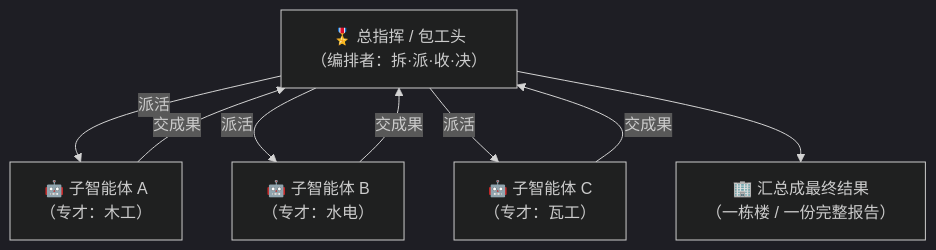
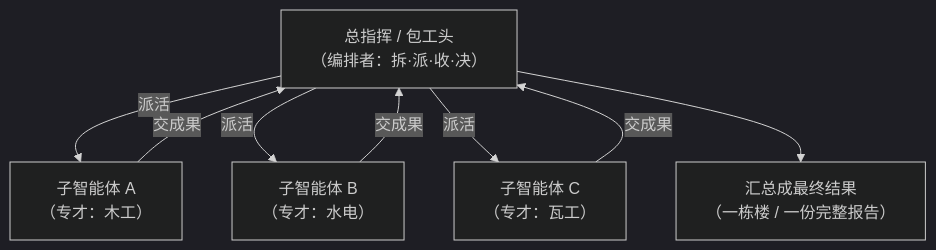
One commit to luckykhy/KhyAiHub changed the second of 6 diagrams in docs/02_CONCEPTS_概念入门/CONCEPT/[CONCEPT-20] 什么是智能体编排-Orchestration.md. Above: the diagram before and after it, drawn with Mermaid (dark theme). The commit also changed other lines of this file, not shown here.

````diff
--- a/docs/02_CONCEPTS_概念入门/CONCEPT/[CONCEPT-20] 什么是智能体编排-Orchestration.md
+++ b/docs/02_CONCEPTS_概念入门/CONCEPT/[CONCEPT-20] 什么是智能体编排-Orchestration.md
@@ -77,11 +77,11 @@
 ```mermaid
 flowchart TB
-  BOSS["🎖️ 总指挥 / 包工头<br/>（编排者：拆·派·收·决）"]
-  BOSS -->|"派活"| A["🤖 子智能体 A<br/>（专才：木工）"]
-  BOSS -->|"派活"| B["🤖 子智能体 B<br/>（专才：水电）"]
-  BOSS -->|"派活"| C["🤖 子智能体 C<br/>（专才：瓦工）"]
+  BOSS["总指挥 / 包工头<br/>（编排者：拆·派·收·决）"]
+  BOSS -->|"派活"| A["子智能体 A<br/>（专才：木工）"]
+  BOSS -->|"派活"| B["子智能体 B<br/>（专才：水电）"]
+  BOSS -->|"派活"| C["子智能体 C<br/>（专才：瓦工）"]
   A -->|"交成果"| BOSS
   B -->|"交成果"| BOSS
   C -->|"交成果"| BOSS
-  BOSS --> DONE["🏢 汇总成最终结果<br/>（一栋楼 / 一份完整报告）"]
+  BOSS --> DONE["汇总成最终结果<br/>（一栋楼 / 一份完整报告）"]
 ```
````
